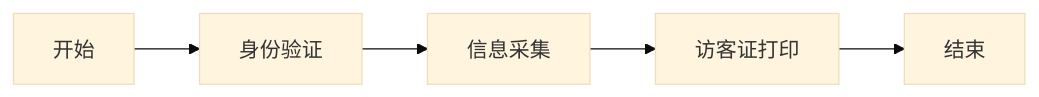
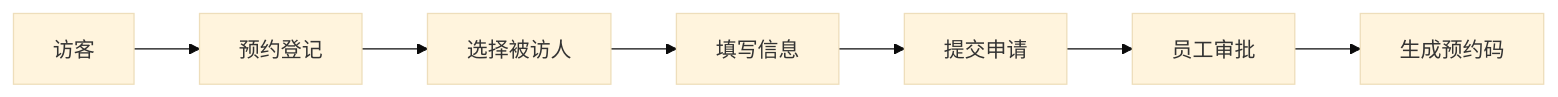
The diagram in doc/requirement1.md (zhishi324/n8ndeploy), drawn with Mermaid (base theme) before and after one commit. The commit also changed other lines of this file, not shown here.

````diff
--- a/doc/requirement1.md
+++ b/doc/requirement1.md
@@ -51,7 +67,9 @@
 ```mermaid
 graph LR
-A[开始] --> B[身份验证]
-B --> C[信息采集]
-C --> D[访客证打印]
-D --> E[结束]
+    A[访客] --> B[预约登记]
+    B --> C[选择被访人]
+    C --> D[填写信息]
+    D --> E[提交申请]
+    E --> F[员工审批]
+    F --> G[生成预约码]
 ```
````
